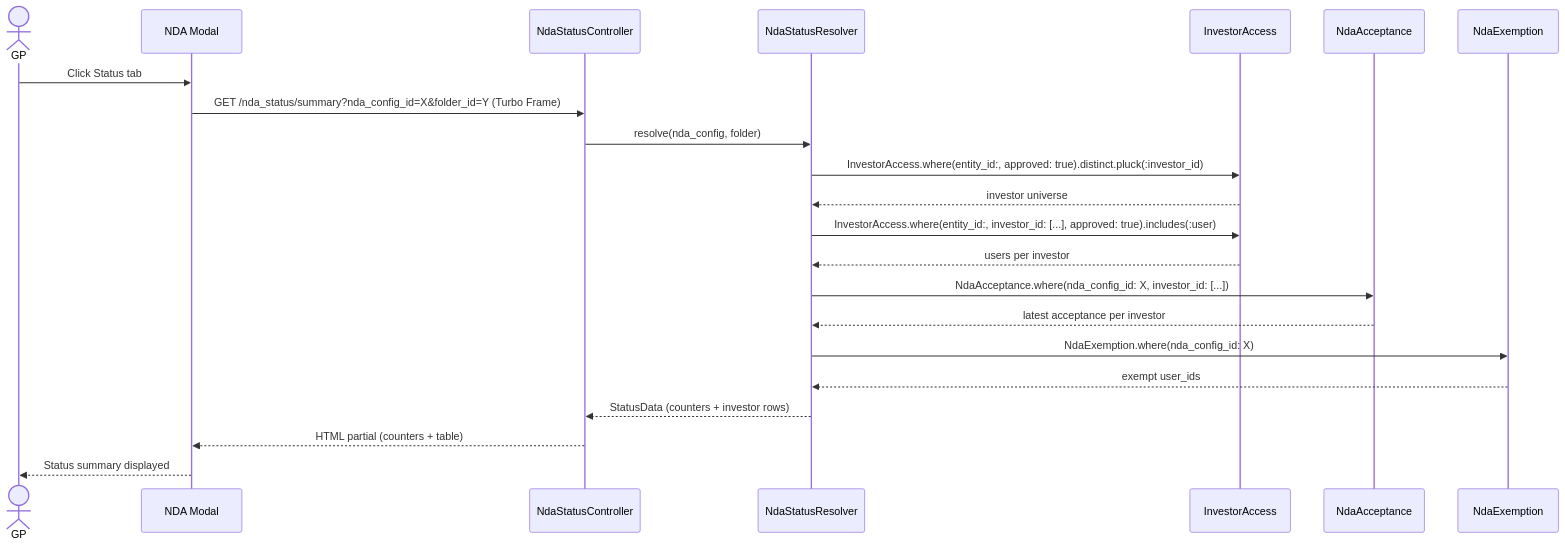
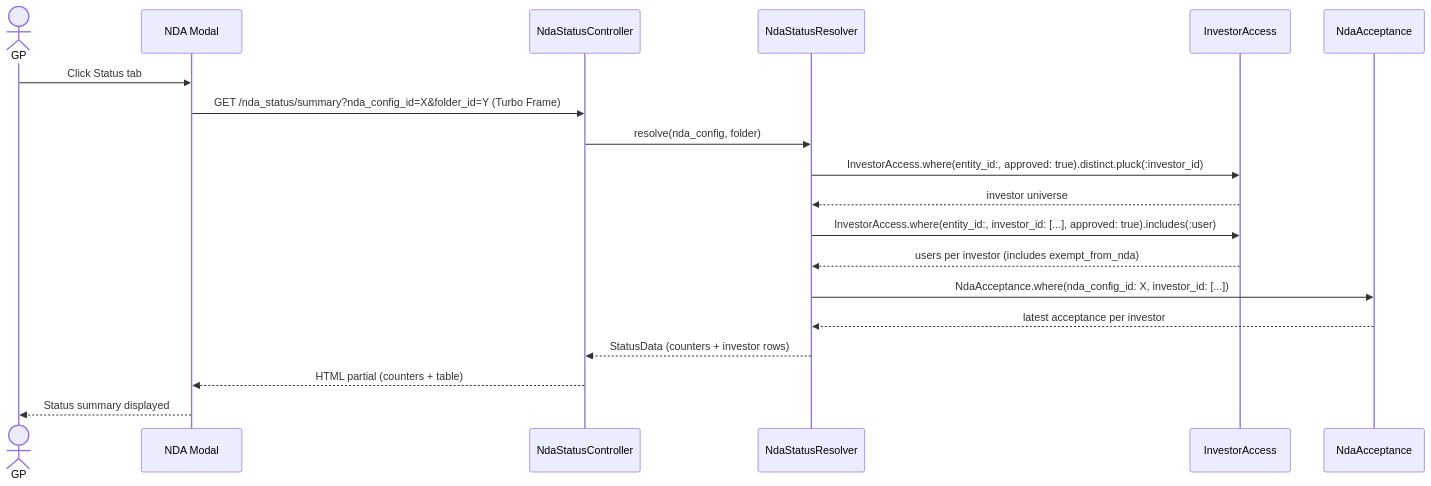
Before and after one commit to sampadadiwan/IRM_CompanyMain: the sixth of 9 diagrams in openspec/changes/nda-data-room-module-3-gp-dashboard/design.md, drawn with Mermaid. The commit also changed other lines of this file and 22 other files, not shown here.

First line of the commit message:
feat: Redesign exemption to stakeholder-level + hide NDA Settings on Data Room root

````diff
--- a/openspec/changes/nda-data-room-module-3-gp-dashboard/design.md
+++ b/openspec/changes/nda-data-room-module-3-gp-dashboard/design.md
@@ -281,25 +259,21 @@
 ```mermaid
 sequenceDiagram
     actor GP
     participant Modal as NDA Modal
     participant Ctrl as NdaStatusController
     participant Resolver as NdaStatusResolver
     participant IA as InvestorAccess
     participant NA as NdaAcceptance
-    participant NE as NdaExemption
-
     GP->>Modal: Click Status tab
     Modal->>Ctrl: GET /nda_status/summary?nda_config_id=X&folder_id=Y (Turbo Frame)
     Ctrl->>Resolver: resolve(nda_config, folder)
     Resolver->>IA: InvestorAccess.where(entity_id:, approved: true).distinct.pluck(:investor_id)
     IA-->>Resolver: investor universe
     Resolver->>IA: InvestorAccess.where(entity_id:, investor_id: [...], approved: true).includes(:user)
-    IA-->>Resolver: users per investor
+    IA-->>Resolver: users per investor (includes exempt_from_nda)
     Resolver->>NA: NdaAcceptance.where(nda_config_id: X, investor_id: [...])
     NA-->>Resolver: latest acceptance per investor
-    Resolver->>NE: NdaExemption.where(nda_config_id: X)
-    NE-->>Resolver: exempt user_ids
     Resolver-->>Ctrl: StatusData (counters + investor rows)
     Ctrl-->>Modal: HTML partial (counters + table)
     Modal-->>GP: Status summary displayed
 ```
````
